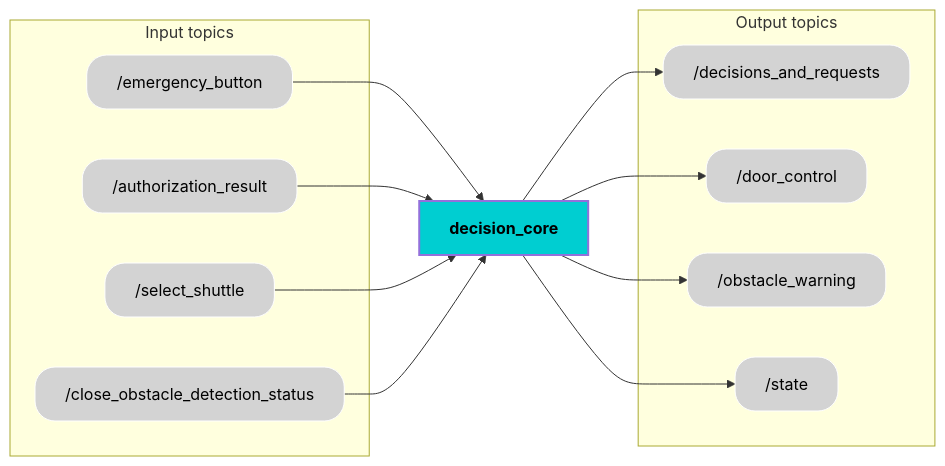
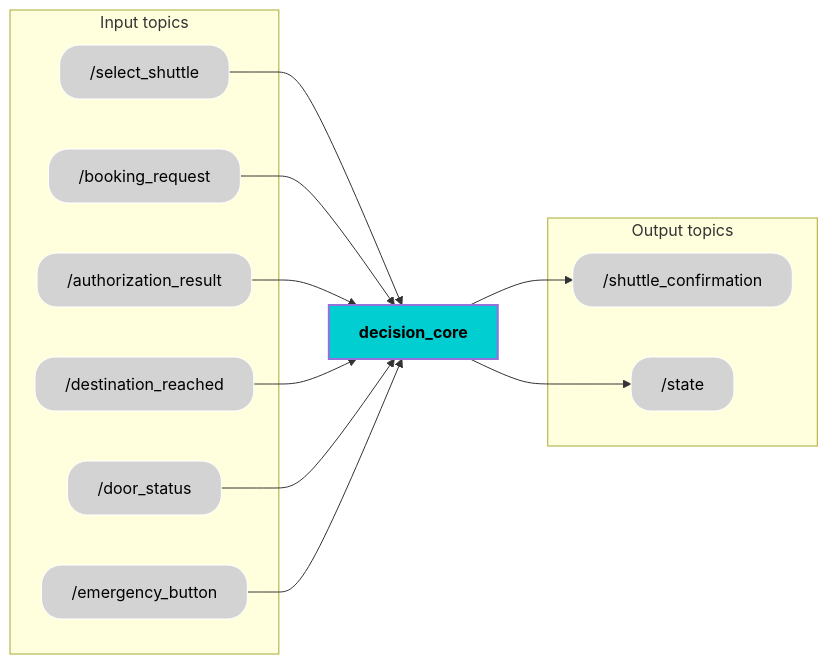
The diagram in README.md (PaxAuto/decision_core), drawn with Mermaid before and after one commit. The commit also changed other lines of this file and 4 other files, not shown here.

Commit message:
Updated README.md : Updated description, system architecture, interfaces,and added installation steps, intrface_test.md,State Transition Logic as per module 4.

````diff
--- a/README.md
+++ b/README.md
@@ -22,48 +24,50 @@
 ```mermaid
 graph LR
     subgraph Input topics
-        EVSEAL["/emergency_button"]:::grayEllipse
-        MS["/authorization_result"]:::grayEllipse
-        SA["/select_shuttle"]:::grayEllipse
-        GF["/close_obstacle_detection_status"]:::grayEllipse
+        EVSEAL["/select_shuttle"]:::grayEllipse
+        MS["/booking_request"]:::grayEllipse
+        SA["/authorization_result"]:::grayEllipse
+        GF["/destination_reached"]:::grayEllipse
+        AA["/door_status"]:::grayEllipse
+        AB["/emergency_button"]:::grayEllipse
+
     end
 
     EM["decision_core"]:::cyanEllipse
 
     EVSEAL --> EM
     MS --> EM
-     SA --> EM
+    SA --> EM
     GF --> EM
+    AA --> EM
+    AB --> EM
     EM --> DC
-    EM --> PP
-        EM --> CD
     EM --> BF
 
     subgraph Output topics
-        DC["/decisions_and_requests"]:::grayEllipse
-        PP["/door_control"]:::grayEllipse
-                CD["/obstacle_warning"]:::grayEllipse
+        DC["/shuttle_confirmation"]:::grayEllipse
         BF["/state"]:::grayEllipse
     end
 
     %% Ellipse shape class
     classDef soft_rectangle stroke:#FFFFFF,rx:20,ry:20;
     classDef component font-weight:bold,stroke-width:2px;
 
     %% Cyan for path planner
     classDef cyanEllipse fill:#00CED1, color:#000000;
 
     %% Gray for others
     classDef grayEllipse fill:#D3D3D3, color:#000000;
 
     %% Apply ellipse shape to each node
     class EVSEAL soft_rectangle;
     class MS soft_rectangle;
-    class DC soft_rectangle;
-    class PP soft_rectangle;
     class SA soft_rectangle;
     class GF soft_rectangle;
-    class CD soft_rectangle;
+    class AA soft_rectangle;
+    class AB soft_rectangle;
+
+    class DC soft_rectangle;
     class BF soft_rectangle;
     class EM component;
 ```
````
